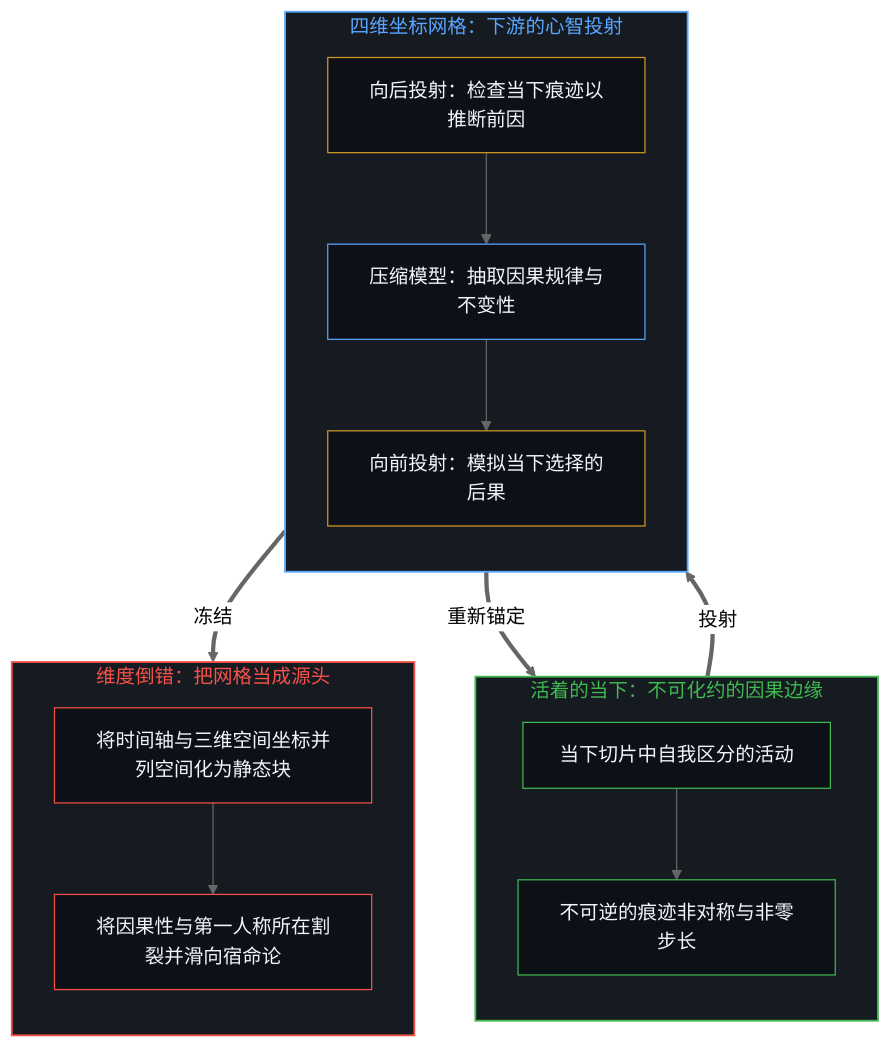
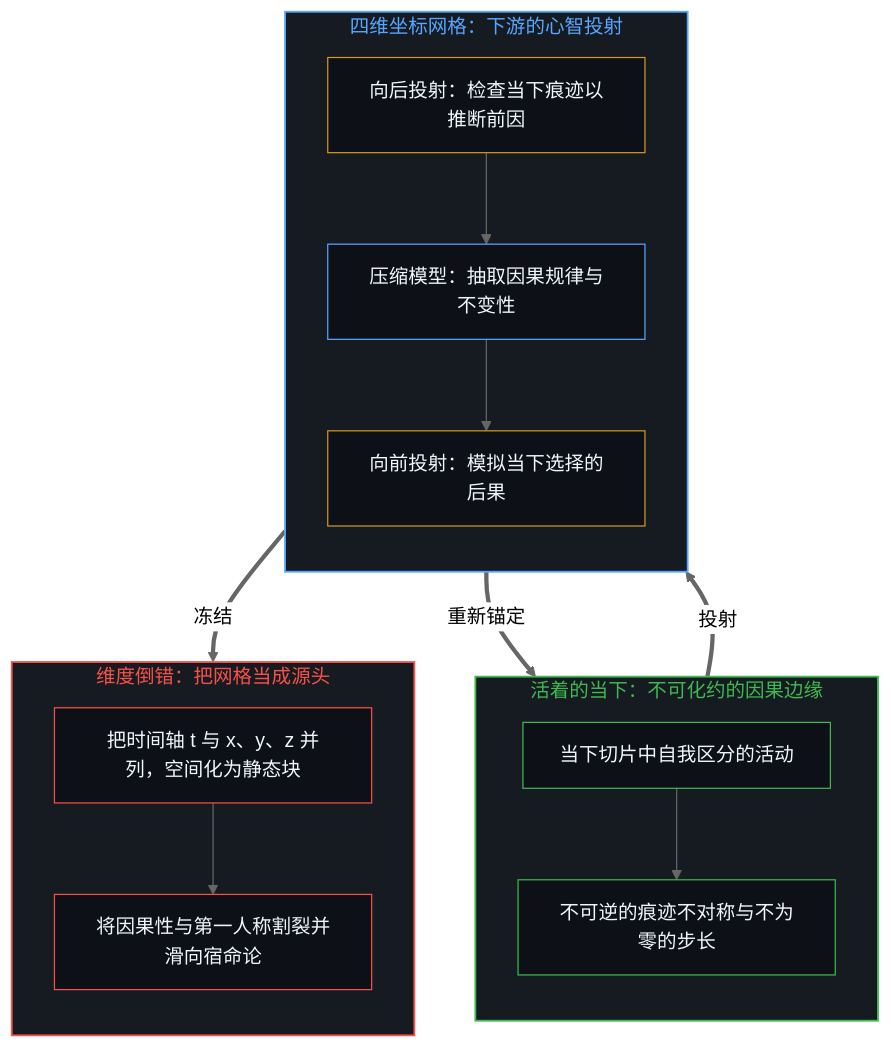
The first of 2 diagrams in content/posts/time-is-causality-not-a-dimension.md (powerpig99/not-a-toe), drawn with Mermaid (neutral theme) before and after one commit. The commit also changed other lines of this file and 13 other files, not shown here.

````diff
--- a/content/posts/time-is-causality-not-a-dimension.md
+++ b/content/posts/time-is-causality-not-a-dimension.md
@@ -51,35 +51,35 @@
 ```mermaid
 flowchart TD
     subgraph S_Edge["活着的当下：不可化约的因果边缘"]
         direction TB
         E1["当下切片中自我区分的活动"]
-        E2["不可逆的痕迹非对称与非零步长"]
+        E2["不可逆的痕迹不对称与不为零的步长"]
         E1 --> E2
     end
     subgraph S_Proj["四维坐标网格：下游的心智投射"]
         direction TB
         B1["向后投射：检查当下痕迹以推断前因"]
         M1["压缩模型：抽取因果规律与不变性"]
         F1["向前投射：模拟当下选择的后果"]
         B1 --> M1 --> F1
     end
     subgraph S_Inv["维度倒错：把网格当成源头"]
         direction TB
-        I1["将时间轴与三维空间坐标并列空间化为静态块"]
-        I2["将因果性与第一人称所在割裂并滑向宿命论"]
+        I1["把时间轴 t 与 x、y、z 并列，空间化为静态块"]
+        I2["将因果性与第一人称割裂并滑向宿命论"]
         I1 --> I2
     end
     E2 ==>|"投射"| B1
     F1 ==>|"重新锚定"| E1
     M1 ==>|"冻结"| I1
     style S_Edge fill:#161b22,stroke:#3fb950,stroke-width:1.5px,color:#3fb950
     style S_Proj fill:#161b22,stroke:#58a6ff,stroke-width:1.5px,color:#58a6ff
     style S_Inv fill:#161b22,stroke:#f85149,stroke-width:1.5px,color:#f85149
     style E1 fill:#0d1117,stroke:#3fb950,stroke-width:1px,color:#f0f6fc
     style E2 fill:#0d1117,stroke:#3fb950,stroke-width:1px,color:#f0f6fc
     style B1 fill:#0d1117,stroke:#d29922,stroke-width:1px,color:#f0f6fc
     style M1 fill:#0d1117,stroke:#58a6ff,stroke-width:1px,color:#f0f6fc
     style F1 fill:#0d1117,stroke:#d29922,stroke-width:1px,color:#f0f6fc
     style I1 fill:#0d1117,stroke:#f85149,stroke-width:1px,color:#f0f6fc
     style I2 fill:#0d1117,stroke:#f85149,stroke-width:1px,color:#f0f6fc
 ```
````
